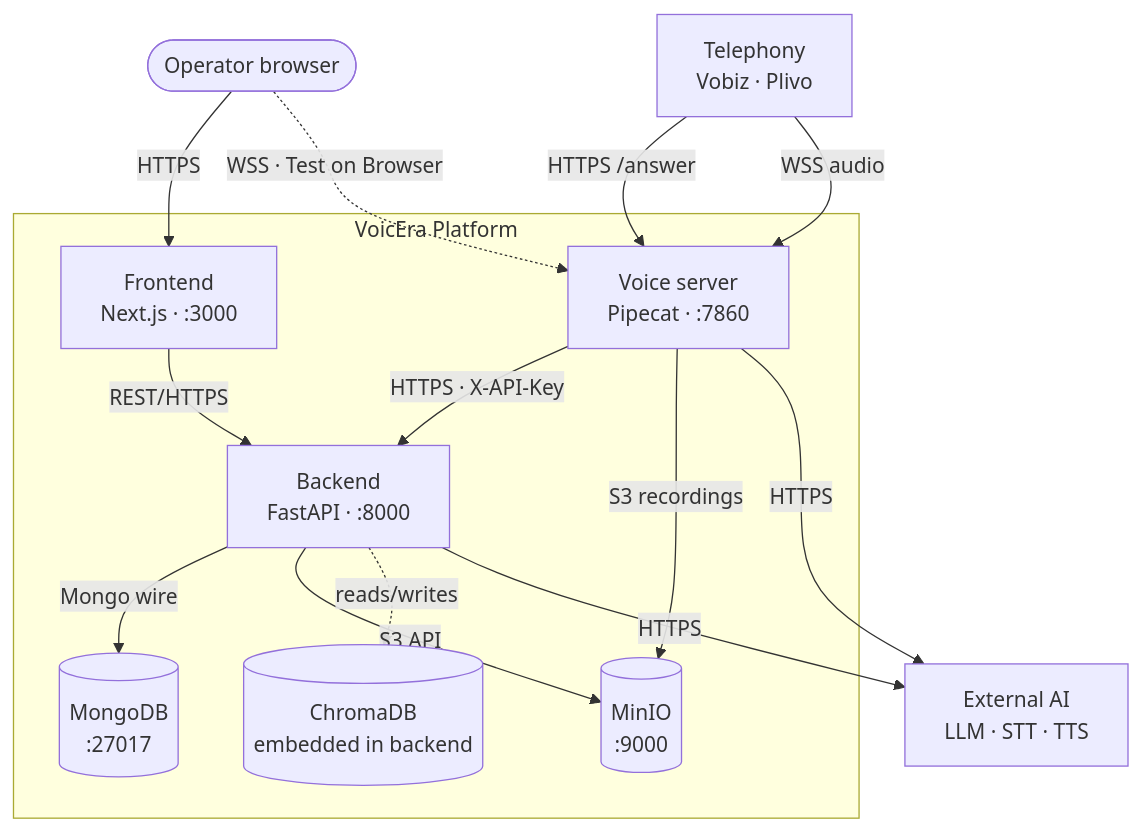
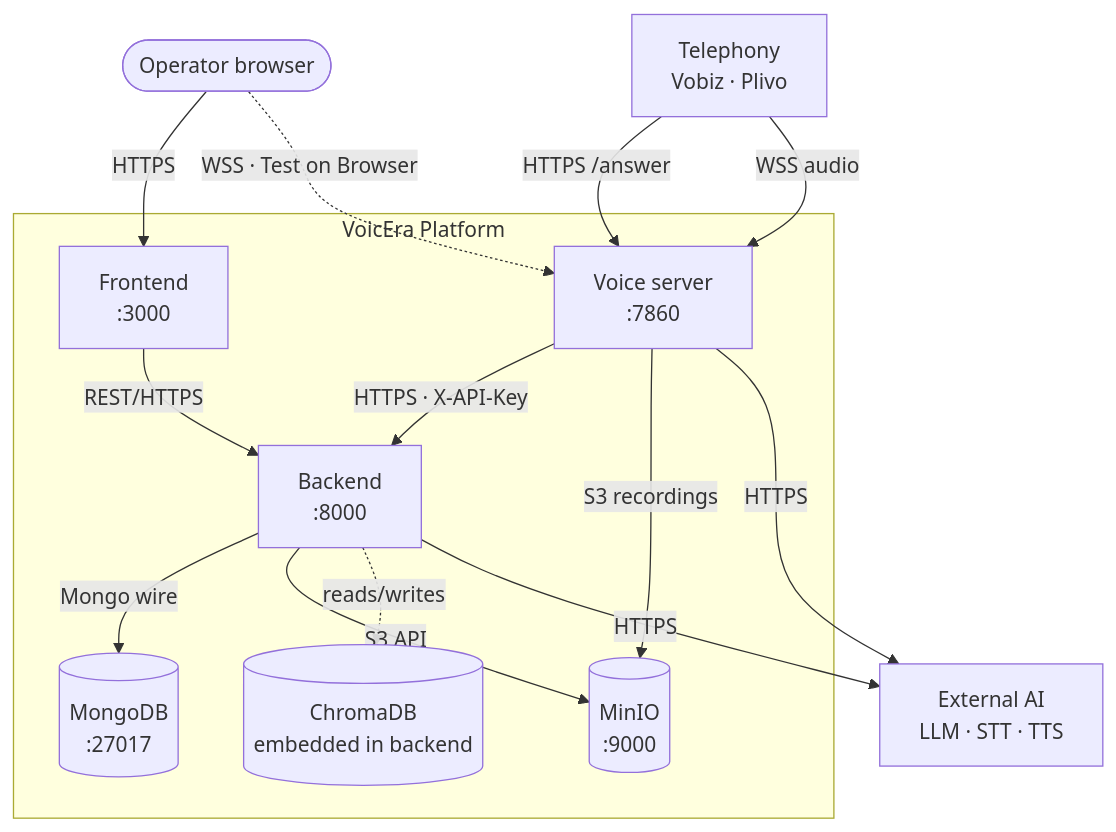
One commit to geojoseph19/voicera changed the second of 3 diagrams in docs/concepts/architecture.md. Above: the diagram before and after it, drawn with Mermaid. The commit also changed other lines of this file and 5 other files, not shown here.

````diff
--- a/docs/concepts/architecture.md
+++ b/docs/concepts/architecture.md
@@ -43,29 +43,29 @@
 ```mermaid
 flowchart TB
   Op(["Operator browser"])
   Tel["Telephony\nVobiz · Plivo"]
   AI["External AI\nLLM · STT · TTS"]
 
   subgraph platform ["VoicEra Platform"]
-    FE["Frontend\nNext.js · :3000"]
-    BE["Backend\nFastAPI · :8000"]
-    VS["Voice server\nPipecat · :7860"]
+    FE["Frontend\n:3000"]
+    BE["Backend\n:8000"]
+    VS["Voice server\n:7860"]
     MONGO[("MongoDB\n:27017")]
     MINIO[("MinIO\n:9000")]
     CHROMA[("ChromaDB\nembedded in backend")]
 
     FE -- REST/HTTPS --> BE
     BE -- Mongo wire --> MONGO
     BE -- S3 API --> MINIO
     BE -. reads/writes .-> CHROMA
     VS -- "HTTPS · X-API-Key" --> BE
     VS -- "S3 recordings" --> MINIO
   end
 
   Op -- HTTPS --> FE
   Op -. "WSS · Test on Browser" .-> VS
   Tel -- "HTTPS /answer" --> VS
   Tel -- "WSS audio" --> VS
   VS -- HTTPS --> AI
   BE -- HTTPS --> AI
 ```
````
